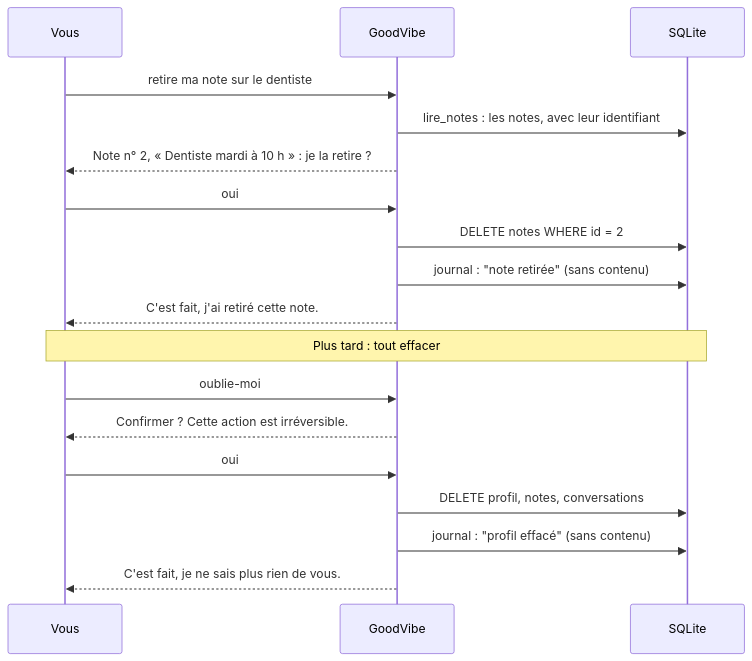
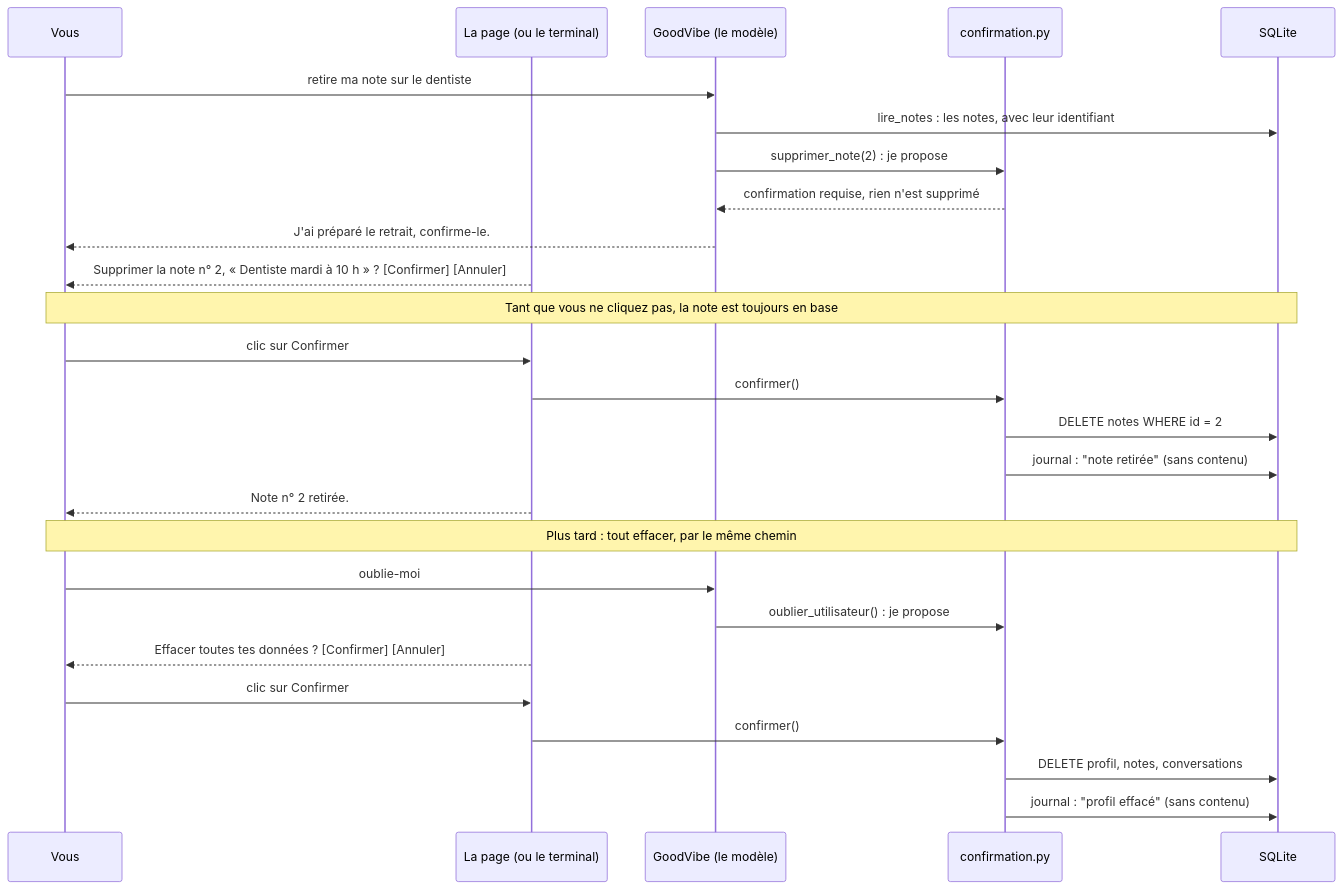
Diagram 19 of 42 in tuto-goodvibe-vibecoding.md (lecinquiemejour-code/goodvibe-tuto), drawn with Mermaid before and after one commit. The commit also changed other lines of this file and 3 other files, not shown here.

First line of the commit message:
docs(tuto, prd, readme): la confirmation avant suppression telle que le programme l'impose (T10, pas 1)

````diff
--- a/tuto-goodvibe-vibecoding.md
+++ b/tuto-goodvibe-vibecoding.md
@@ -1015,20 +1015,28 @@
 ```mermaid
 sequenceDiagram
     participant U as Vous
-    participant A as GoodVibe
+    participant P as La page (ou le terminal)
+    participant A as GoodVibe (le modèle)
+    participant C as confirmation.py
     participant D as SQLite
     U->>A: retire ma note sur le dentiste
     A->>D: lire_notes : les notes, avec leur identifiant
-    A-->>U: Note n° 2, « Dentiste mardi à 10 h » : je la retire ?
-    U->>A: oui
-    A->>D: DELETE notes WHERE id = 2
-    A->>D: journal : "note retirée" (sans contenu)
-    A-->>U: C'est fait, j'ai retiré cette note.
-    Note over U,D: Plus tard : tout effacer
+    A->>C: supprimer_note(2) : je propose
+    C-->>A: confirmation requise, rien n'est supprimé
+    A-->>U: J'ai préparé le retrait, confirme-le.
+    P-->>U: Supprimer la note n° 2, « Dentiste mardi à 10 h » ? [Confirmer] [Annuler]
+    Note over U,D: Tant que vous ne cliquez pas, la note est toujours en base
+    U->>P: clic sur Confirmer
+    P->>C: confirmer()
+    C->>D: DELETE notes WHERE id = 2
+    C->>D: journal : "note retirée" (sans contenu)
+    P-->>U: Note n° 2 retirée.
+    Note over U,D: Plus tard : tout effacer, par le même chemin
     U->>A: oublie-moi
-    A-->>U: Confirmer ? Cette action est irréversible.
-    U->>A: oui
-    A->>D: DELETE profil, notes, conversations
-    A->>D: journal : "profil effacé" (sans contenu)
-    A-->>U: C'est fait, je ne sais plus rien de vous.
+    A->>C: oublier_utilisateur() : je propose
+    P-->>U: Effacer toutes tes données ? [Confirmer] [Annuler]
+    U->>P: clic sur Confirmer
+    P->>C: confirmer()
+    C->>D: DELETE profil, notes, conversations
+    C->>D: journal : "profil effacé" (sans contenu)
 ```
````
